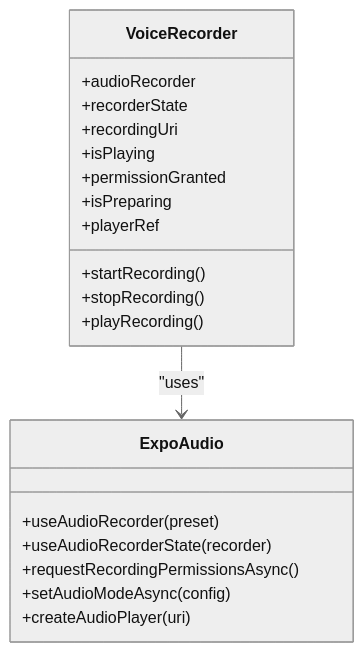
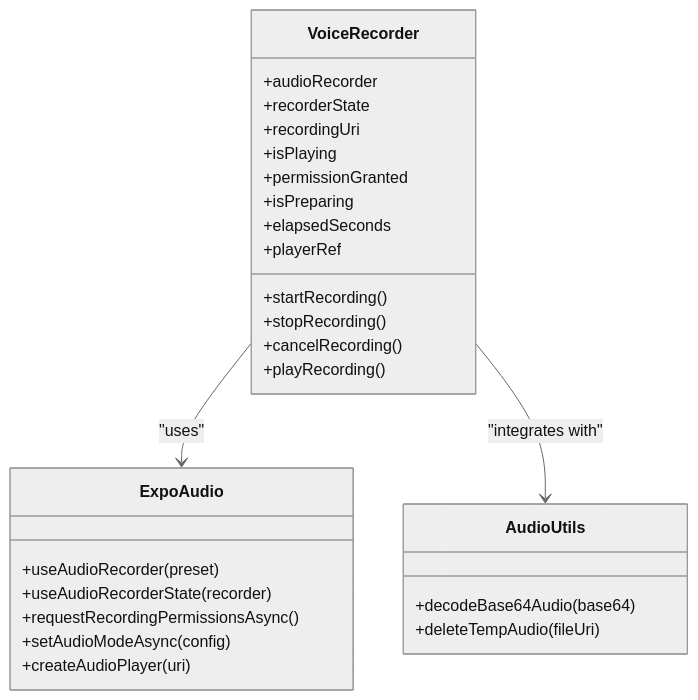
The fifth of 6 diagrams in .qoder/repowiki/en/content/Voice Assistant Feature/Voice Recorder Component.md (Aiman-Naeem/KisaanDost_AI_hackathon_Pakistan), drawn with Mermaid (neutral theme) before and after one commit. The commit also changed other lines of this file and 42 other files, not shown here.

````diff
--- a/.qoder/repowiki/en/content/Voice Assistant Feature/Voice Recorder Component.md
+++ b/.qoder/repowiki/en/content/Voice Assistant Feature/Voice Recorder Component.md
@@ -288,23 +374,30 @@
 ```mermaid
 classDiagram
 class VoiceRecorder {
 +audioRecorder
 +recorderState
 +recordingUri
 +isPlaying
 +permissionGranted
 +isPreparing
++elapsedSeconds
 +playerRef
 +startRecording()
 +stopRecording()
++cancelRecording()
 +playRecording()
 }
 class ExpoAudio {
 +useAudioRecorder(preset)
 +useAudioRecorderState(recorder)
 +requestRecordingPermissionsAsync()
 +setAudioModeAsync(config)
 +createAudioPlayer(uri)
 }
+class AudioUtils {
++decodeBase64Audio(base64)
++deleteTempAudio(fileUri)
+}
 VoiceRecorder --> ExpoAudio : "uses"
+VoiceRecorder --> AudioUtils : "integrates with"
 ```
````
